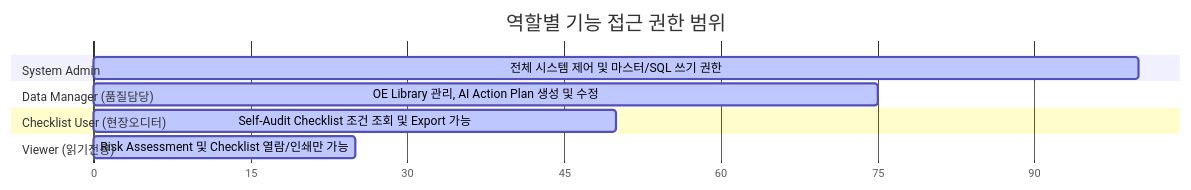
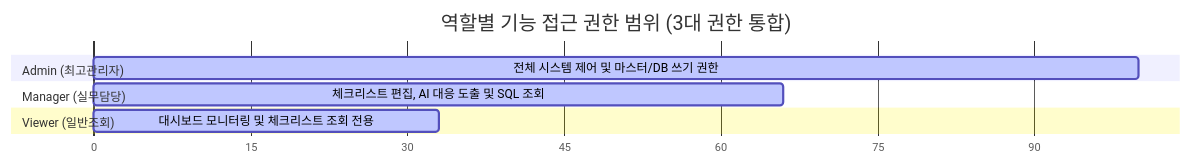
One commit to jumasi-34/RiskHunter changed the first of 2 diagrams in context/06_product_policy_permission.md. Above: the diagram before and after it, drawn with Mermaid. The commit also changed other lines of this file and 6 other files, not shown here.

````diff
--- a/context/06_product_policy_permission.md
+++ b/context/06_product_policy_permission.md
@@ -44,14 +44,12 @@
 ```mermaid
 gantt
-    title 역할별 기능 접근 권한 범위
+    title 역할별 기능 접근 권한 범위 (3대 권한 통합)
     dateFormat  X
     axisFormat %s
-    section System Admin
-    전체 시스템 제어 및 마스터/SQL 쓰기 권한   :active, 0, 100
-    section Data Manager (품질담당)
-    OE Library 관리, AI Action Plan 생성 및 수정 :active, 0, 75
-    section Checklist User (현장오디터)
-    Self-Audit Checklist 조건 조회 및 Export 가능  :active, 0, 50
-    section Viewer (읽기전용)
-    Risk Assessment 및 Checklist 열람/인쇄만 가능  :active, 0, 25
+    section Admin (최고관리자)
+    전체 시스템 제어 및 마스터/DB 쓰기 권한   :active, 0, 100
+    section Manager (실무담당)
+    체크리스트 편집, AI 대응 도출 및 SQL 조회 :active, 0, 66
+    section Viewer (일반조회)
+    대시보드 모니터링 및 체크리스트 조회 전용 :active, 0, 33
 ```
````
